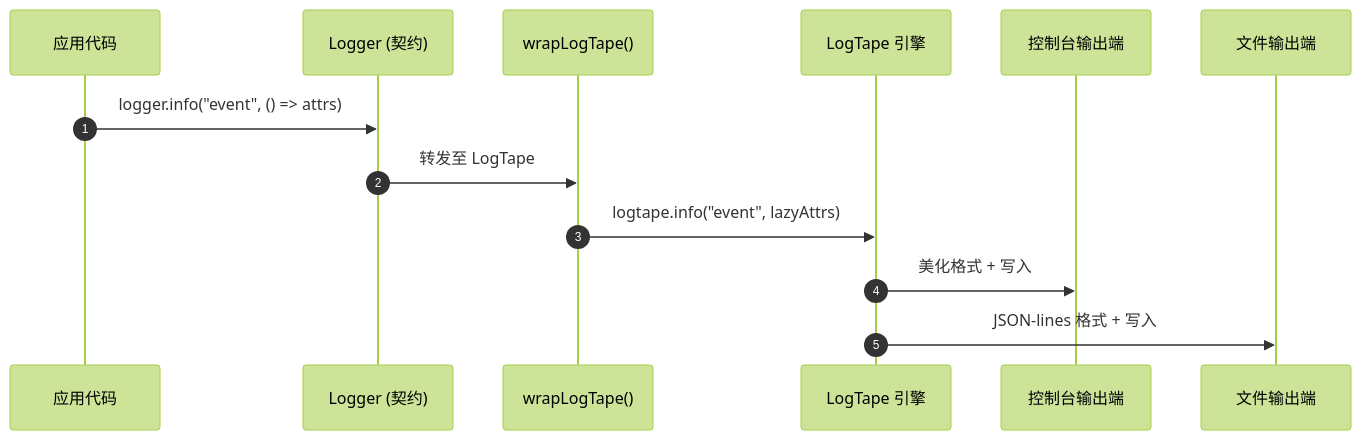
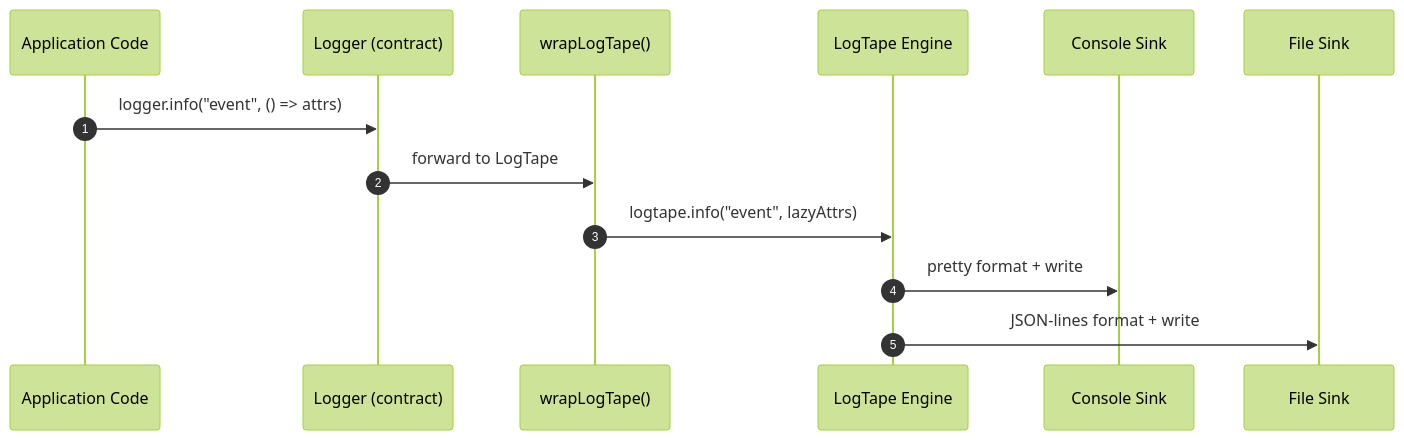
The second of 2 diagrams in wiki/zh/07-configuration/logging.md (Ahoo-Wang/GodeX), drawn with Mermaid (forest theme) before and after one commit. The commit also changed other lines of this file and 36 other files, not shown here.

````diff
--- a/wiki/zh/07-configuration/logging.md
+++ b/wiki/zh/07-configuration/logging.md
@@ -112,16 +123,16 @@
 ```mermaid
 sequenceDiagram
     autonumber
-    participant App as 应用代码
-    participant Logger as Logger (契约)
+    participant App as Application Code
+    participant Logger as Logger (contract)
     participant Wrapper as wrapLogTape()
-    participant LogTape as LogTape 引擎
-    participant Console as 控制台输出端
-    participant File as 文件输出端
+    participant LogTape as LogTape Engine
+    participant Console as Console Sink
+    participant File as File Sink
 
     App->>Logger: logger.info("event", () => attrs)
-    Logger->>Wrapper: 转发至 LogTape
+    Logger->>Wrapper: forward to LogTape
     Wrapper->>LogTape: logtape.info("event", lazyAttrs)
-    LogTape->>Console: 美化格式 + 写入
-    LogTape->>File: JSON-lines 格式 + 写入
+    LogTape->>Console: pretty format + write
+    LogTape->>File: JSON-lines format + write
 ```
````
